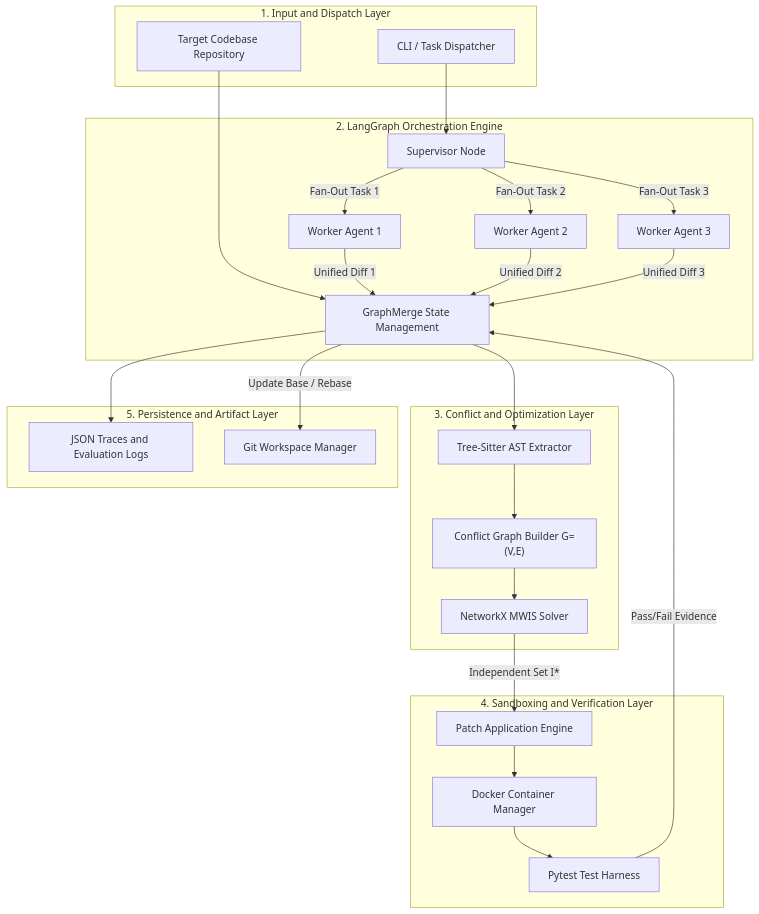
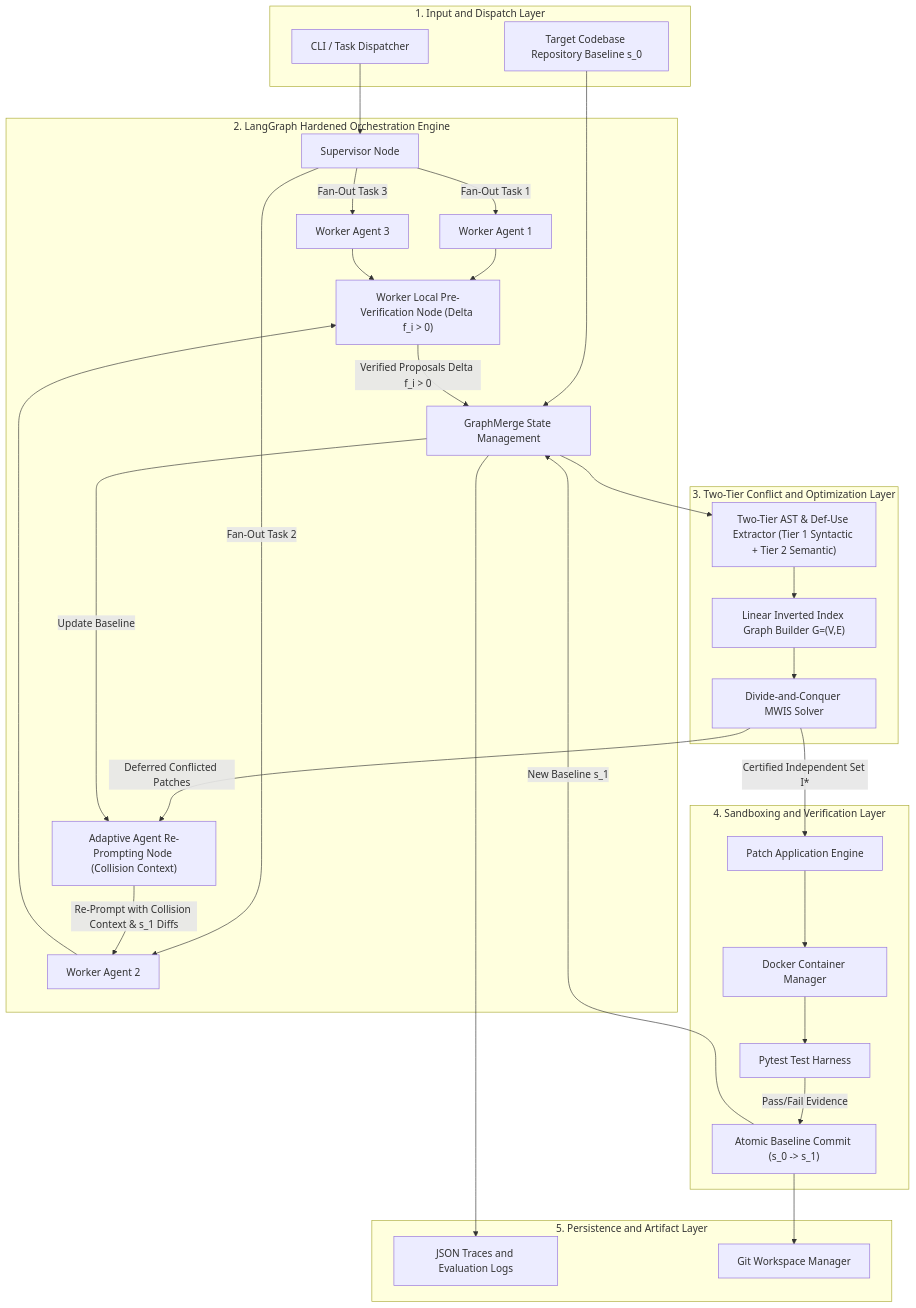
One commit to Sandeep332005/graphmerge changed the first of 4 diagrams in docs/project_report_graphmerge.md. Above: the diagram before and after it, drawn with Mermaid. The commit also changed other lines of this file and 11 other files, not shown here.

Commit message:
feat(arch): implement adaptive re-prompting, worker pre-verification, and two-tier AST conflict detection

````diff
--- a/docs/project_report_graphmerge.md
+++ b/docs/project_report_graphmerge.md
@@ -252,50 +252,58 @@
 ```mermaid
 flowchart TD
     subgraph UserInterface ["1. Input and Dispatch Layer"]
         CLI["CLI / Task Dispatcher"]
-        Repo["Target Codebase Repository"]
+        Repo["Target Codebase Repository Baseline s_0"]
     end
 
-    subgraph LangGraphEngine ["2. LangGraph Orchestration Engine"]
+    subgraph LangGraphEngine ["2. LangGraph Hardened Orchestration Engine"]
         Supervisor["Supervisor Node"]
         W1["Worker Agent 1"]
         W2["Worker Agent 2"]
         W3["Worker Agent 3"]
+        PreVerif["Worker Local Pre-Verification Node (Delta f_i > 0)"]
+        AdaptiveReprompt["Adaptive Agent Re-Prompting Node (Collision Context)"]
         State["GraphMerge State Management"]
     end
 
-    subgraph ConflictEngine ["3. Conflict and Optimization Layer"]
-        AST["Tree-Sitter AST Extractor"]
-        GraphBuilder["Conflict Graph Builder G=(V,E)"]
-        Optimizer["NetworkX MWIS Solver"]
+    subgraph ConflictEngine ["3. Two-Tier Conflict and Optimization Layer"]
+        AST["Two-Tier AST & Def-Use Extractor (Tier 1 Syntactic + Tier 2 Semantic)"]
+        GraphBuilder["Linear Inverted Index Graph Builder G=(V,E)"]
+        Optimizer["Divide-and-Conquer MWIS Solver"]
     end
 
     subgraph SandboxLayer ["4. Sandboxing and Verification Layer"]
         DockerMgr["Docker Container Manager"]
         PatchApp["Patch Application Engine"]
         TestRunner["Pytest Test Harness"]
+        AtomicCommit["Atomic Baseline Commit (s_0 -> s_1)"]
     end
 
     subgraph StorageLayer ["5. Persistence and Artifact Layer"]
         Logs["JSON Traces and Evaluation Logs"]
         GitRepo["Git Workspace Manager"]
     end
 
     CLI --> Supervisor
     Repo --> State
     Supervisor -->|Fan-Out Task 1| W1
     Supervisor -->|Fan-Out Task 2| W2
     Supervisor -->|Fan-Out Task 3| W3
-    W1 -->|Unified Diff 1| State
-    W2 -->|Unified Diff 2| State
-    W3 -->|Unified Diff 3| State
+    W1 --> PreVerif
+    W2 --> PreVerif
+    W3 --> PreVerif
+    PreVerif -->|Verified Proposals Delta f_i > 0| State
     State --> AST
     AST --> GraphBuilder
     GraphBuilder --> Optimizer
-    Optimizer -->|Independent Set I*| PatchApp
+    Optimizer -->|Certified Independent Set I*| PatchApp
+    Optimizer -->|Deferred Conflicted Patches| AdaptiveReprompt
     PatchApp --> DockerMgr
     DockerMgr --> TestRunner
-    TestRunner -->|Pass/Fail Evidence| State
-    State -->|Update Base / Rebase| GitRepo
+    TestRunner -->|Pass/Fail Evidence| AtomicCommit
+    AtomicCommit -->|New Baseline s_1| State
+    State -->|Update Baseline| AdaptiveReprompt
+    AdaptiveReprompt -->|Re-Prompt with Collision Context & s_1 Diffs| W2
+    AtomicCommit --> GitRepo
     State --> Logs
 ```
````
